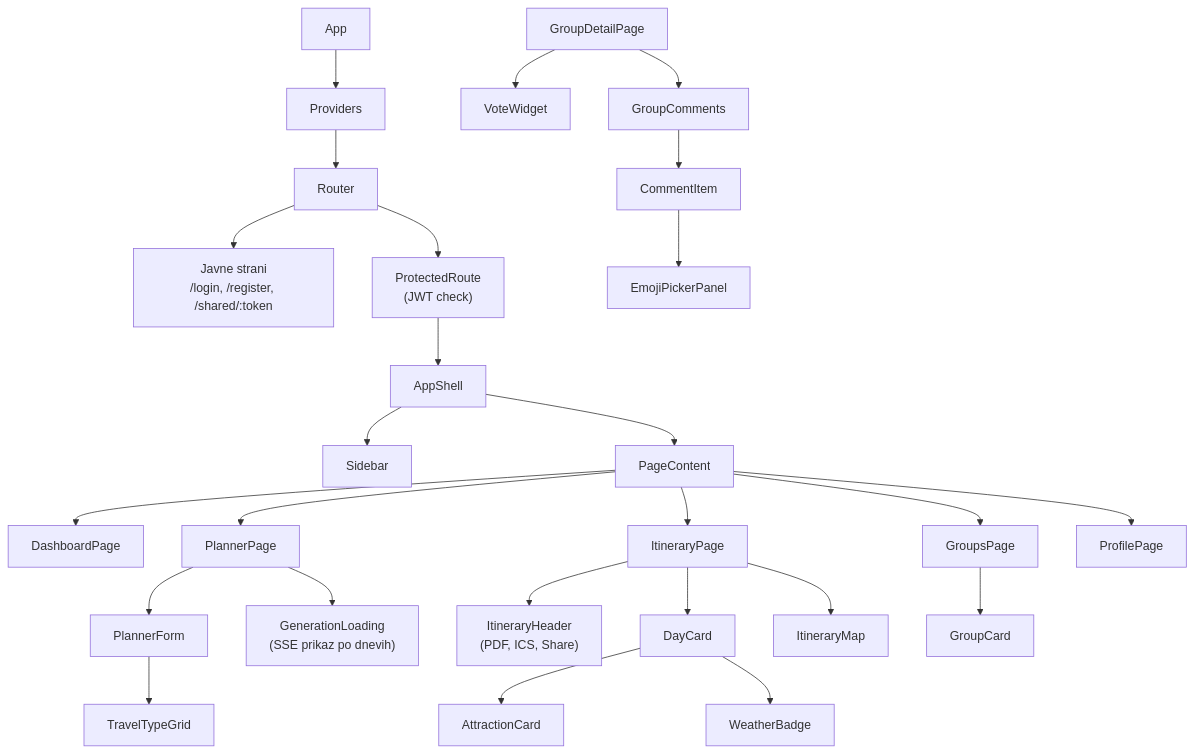
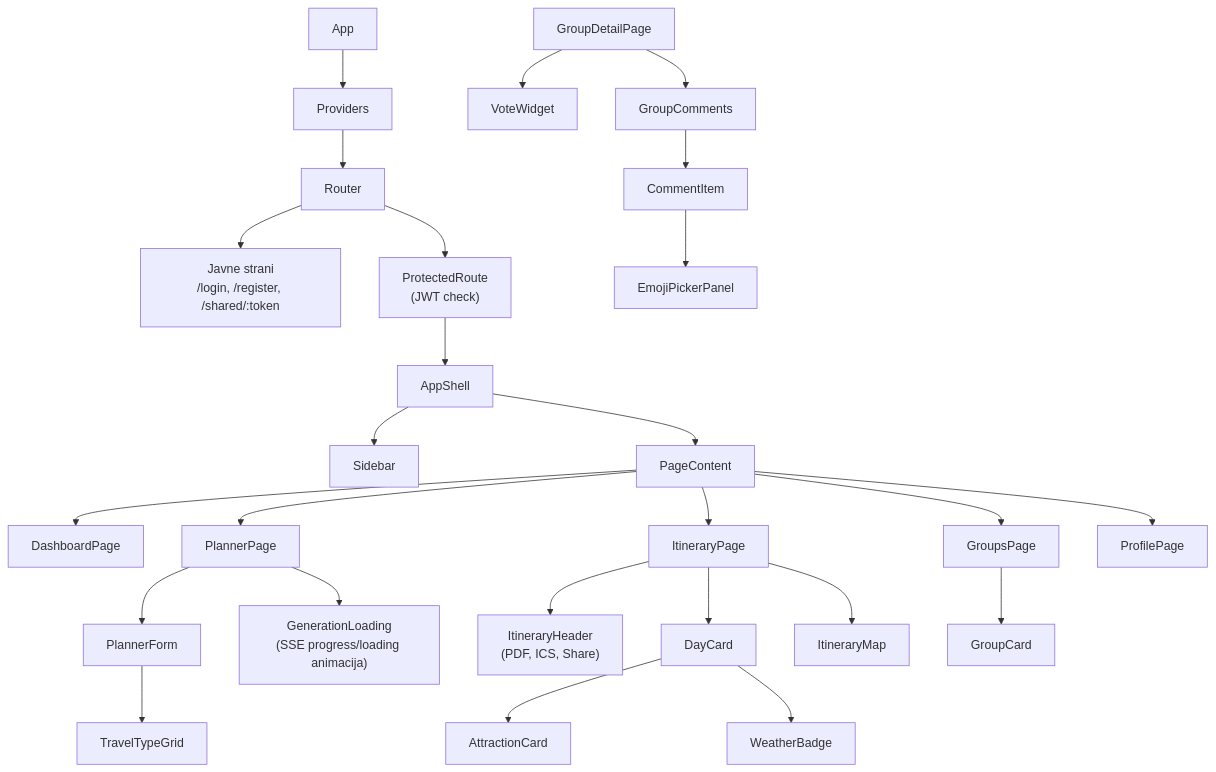
Before and after one commit to Anchevskiii/Routiq: the second of 3 diagrams in docs/architecture.md, drawn with Mermaid. The commit also changed other lines of this file and 6 other files, not shown here.

````diff
--- a/docs/architecture.md
+++ b/docs/architecture.md
@@ -211,34 +211,34 @@
 ```mermaid
 graph TD
     App --> Providers
     Providers --> Router
 
     Router --> PublicRoutes["Javne strani\n/login, /register, /shared/:token"]
     Router --> Protected["ProtectedRoute\n(JWT check)"]
 
     Protected --> AppShell
     AppShell --> Sidebar
     AppShell --> PageContent
 
     PageContent --> DashboardPage
     PageContent --> PlannerPage
     PageContent --> ItineraryPage
     PageContent --> GroupsPage
     PageContent --> ProfilePage
 
     PlannerPage --> PlannerForm
     PlannerForm --> TravelTypeGrid
-    PlannerPage --> GenerationLoading["GenerationLoading\n(SSE prikaz po dnevih)"]
+    PlannerPage --> GenerationLoading["GenerationLoading\n(SSE progress/loading animacija)"]
 
     ItineraryPage --> ItineraryHeader["ItineraryHeader\n(PDF, ICS, Share)"]
     ItineraryPage --> DayCard
     DayCard --> AttractionCard
     DayCard --> WeatherBadge
     ItineraryPage --> ItineraryMap
 
     GroupsPage --> GroupCard
     GroupDetailPage --> VoteWidget
     GroupDetailPage --> GroupComments
     GroupComments --> CommentItem
     CommentItem --> EmojiPickerPanel
 ```
````
